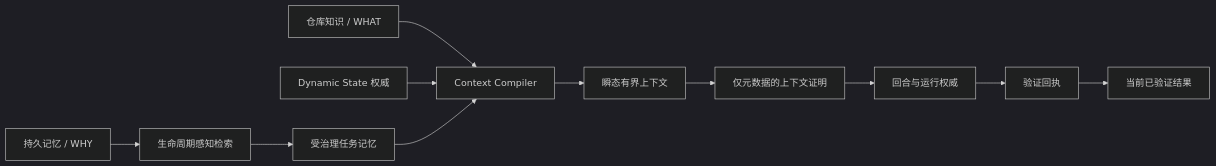
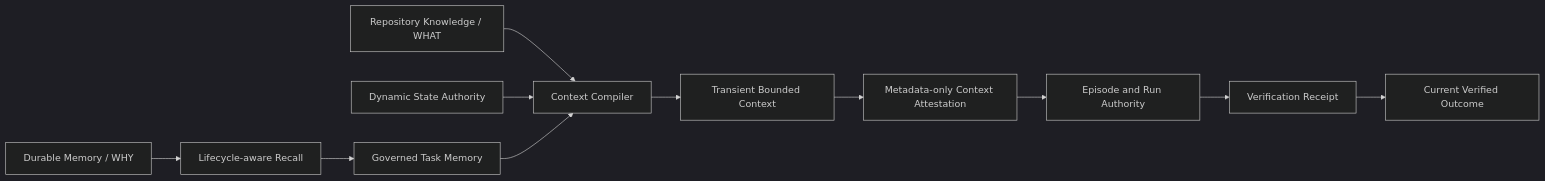
Before and after one commit to zzhang82/Agent-Memory-Bridge: the diagram in README.zh-CN.md, drawn with Mermaid (dark theme). The commit also changed other lines of this file and 3 other files, not shown here.

````diff
--- a/README.zh-CN.md
+++ b/README.zh-CN.md
@@ -47,13 +167,13 @@
 ```mermaid
 flowchart LR
-    A[持久记忆 / WHY] --> C[生命周期感知检索]
-    B[仓库知识 / WHAT] --> D[Context Compiler]
-    S[Dynamic State 权威] --> D
-    C --> E[受治理任务记忆]
+    A[Durable Memory / WHY] --> C[Lifecycle-aware Recall]
+    B[Repository Knowledge / WHAT] --> D[Context Compiler]
+    S[Dynamic State Authority] --> D
+    C --> E[Governed Task Memory]
     E --> D
-    D --> F[瞬态有界上下文]
-    F --> G[仅元数据的上下文证明]
-    G --> H[回合与运行权威]
-    H --> I[验证回执]
-    I --> J[当前已验证结果]
+    D --> F[Transient Bounded Context]
+    F --> G[Metadata-only Context Attestation]
+    G --> H[Episode and Run Authority]
+    H --> I[Verification Receipt]
+    I --> J[Current Verified Outcome]
 ```
````
